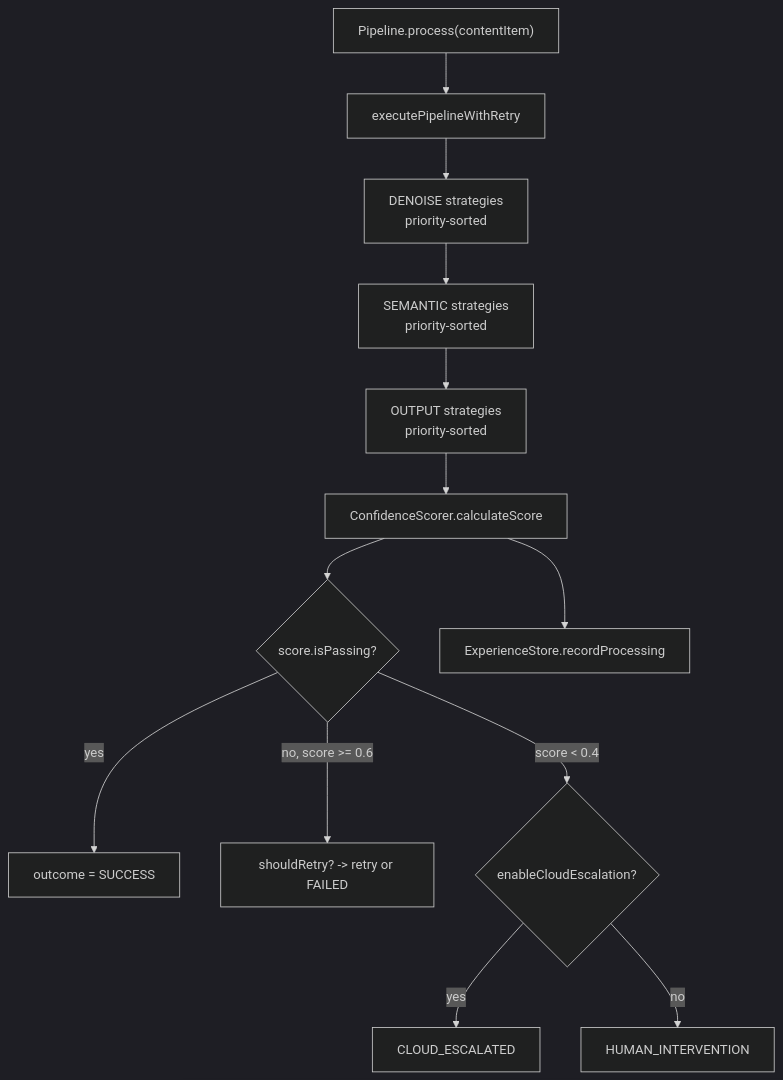
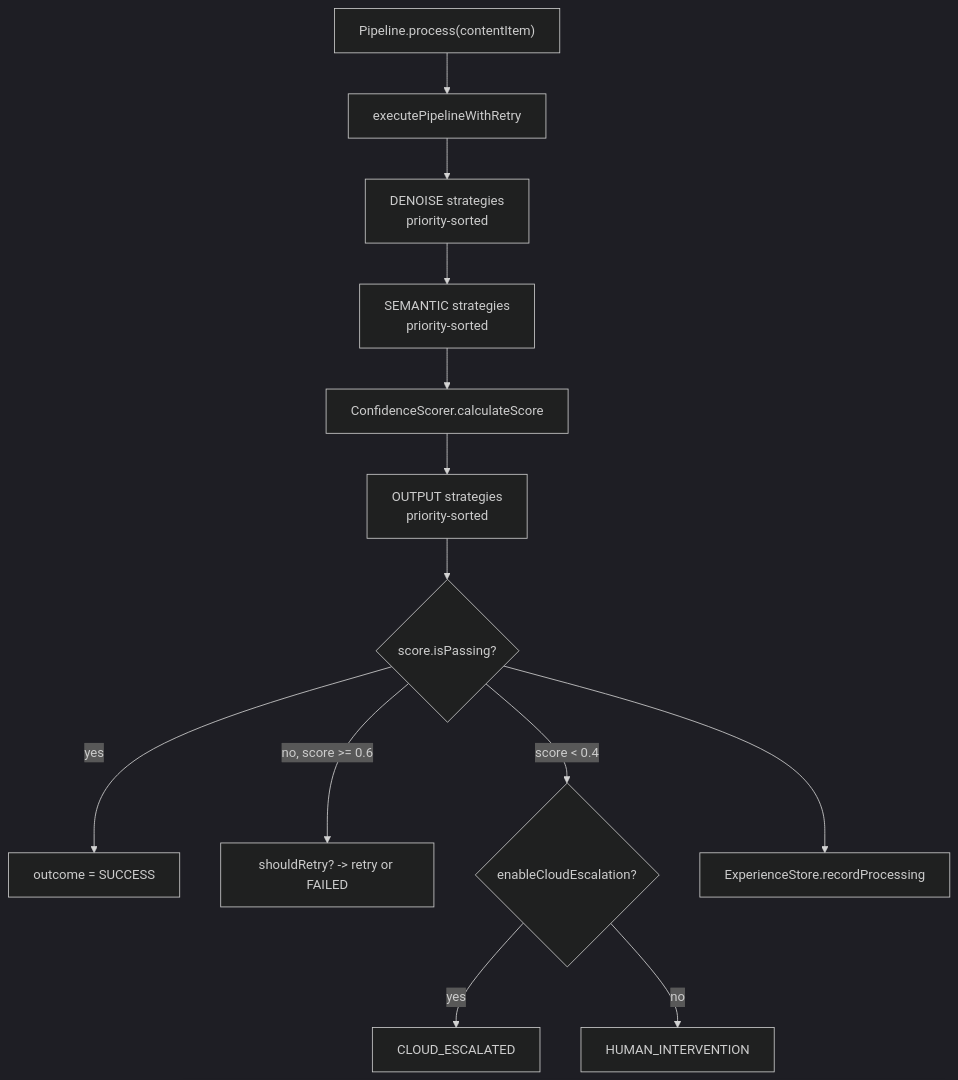
The first of 2 diagrams in src/core/CLAUDE.md (Leechy99/Prae), drawn with Mermaid (dark theme) before and after one commit. The commit also changed other lines of this file and 16 other files, not shown here.

````diff
--- a/src/core/CLAUDE.md
+++ b/src/core/CLAUDE.md
@@ -102,15 +104,15 @@
 ```mermaid
 graph TD
     A["Pipeline.process(contentItem)"] --> B["executePipelineWithRetry"]
     B --> C["DENOISE strategies\npriority-sorted"]
     C --> D["SEMANTIC strategies\npriority-sorted"]
-    D --> E["OUTPUT strategies\npriority-sorted"]
-    E --> F["ConfidenceScorer.calculateScore"]
-    F --> G{"score.isPassing?"}
+    D --> F["ConfidenceScorer.calculateScore"]
+    F --> E["OUTPUT strategies\npriority-sorted"]
+    E --> G{"score.isPassing?"}
     G -->|yes| H["outcome = SUCCESS"]
     G -->|no, score >= 0.6| I["shouldRetry? -> retry or FAILED"]
     G -->|score < 0.4| J{"enableCloudEscalation?"}
     J -->|yes| K["CLOUD_ESCALATED"]
     J -->|no| L["HUMAN_INTERVENTION"]
-    F --> M["ExperienceStore.recordProcessing"]
+    G --> M["ExperienceStore.recordProcessing"]
 ```
````
